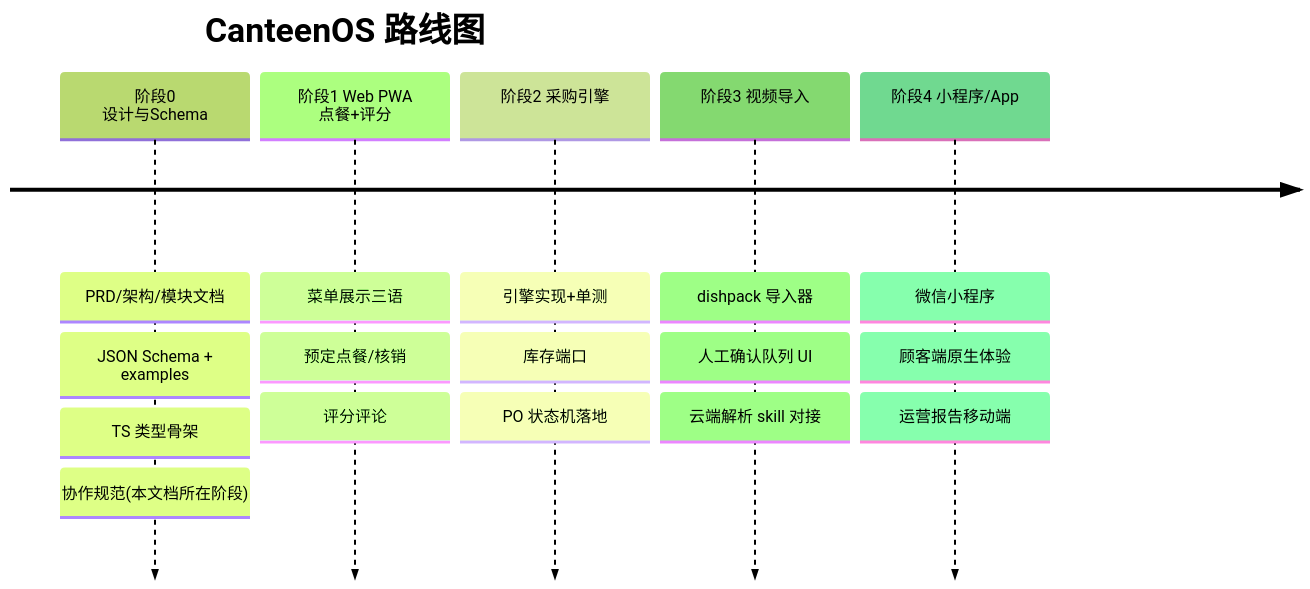
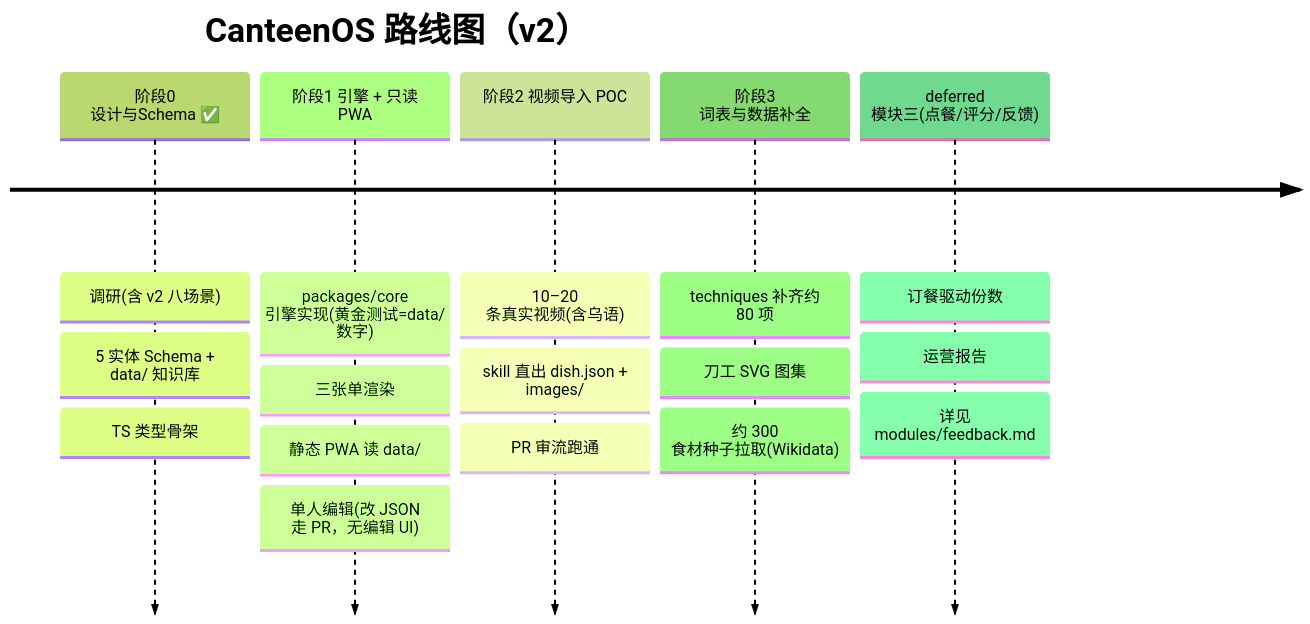
One commit to TERRYYYC/canteen-os changed the second of 2 diagrams in docs/architecture.md. Above: the diagram before and after it, drawn with Mermaid (forest theme). The commit also changed other lines of this file and 76 other files, not shown here.

First line of the commit message:
feat!: v2 收窄落地 — ADR-0006、5 实体 schema、采购引擎实现、skill 直出 dish

````diff
--- a/docs/architecture.md
+++ b/docs/architecture.md
@@ -108,9 +97,9 @@
 ```mermaid
 timeline
-    title CanteenOS 路线图
-    阶段0 设计与Schema : PRD/架构/模块文档 : JSON Schema + examples : TS 类型骨架 : 协作规范(本文档所在阶段)
-    阶段1 Web PWA 点餐+评分 : 菜单展示三语 : 预定点餐/核销 : 评分评论
-    阶段2 采购引擎 : 引擎实现+单测 : 库存端口 : PO 状态机落地
-    阶段3 视频导入 : dishpack 导入器 : 人工确认队列 UI : 云端解析 skill 对接
-    阶段4 小程序/App : 微信小程序 : 顾客端原生体验 : 运营报告移动端
+    title CanteenOS 路线图（v2）
+    阶段0 设计与Schema ✅ : 调研(含 v2 八场景) : 5 实体 Schema + data/ 知识库 : TS 类型骨架
+    阶段1 引擎 + 只读 PWA : packages/core 引擎实现(黄金测试=data/ 数字) : 三张单渲染 : 静态 PWA 读 data/ : 单人编辑(改 JSON 走 PR，无编辑 UI)
+    阶段2 视频导入 POC : 10–20 条真实视频(含乌语) : skill 直出 dish.json + images/ : PR 审流跑通
+    阶段3 词表与数据补全 : techniques 补齐约 80 项 : 刀工 SVG 图集 : 约 300 食材种子拉取(Wikidata)
+    deferred 模块三(点餐/评分/反馈) : 订餐驱动份数 : 运营报告 : 详见 modules/feedback.md
 ```
````
